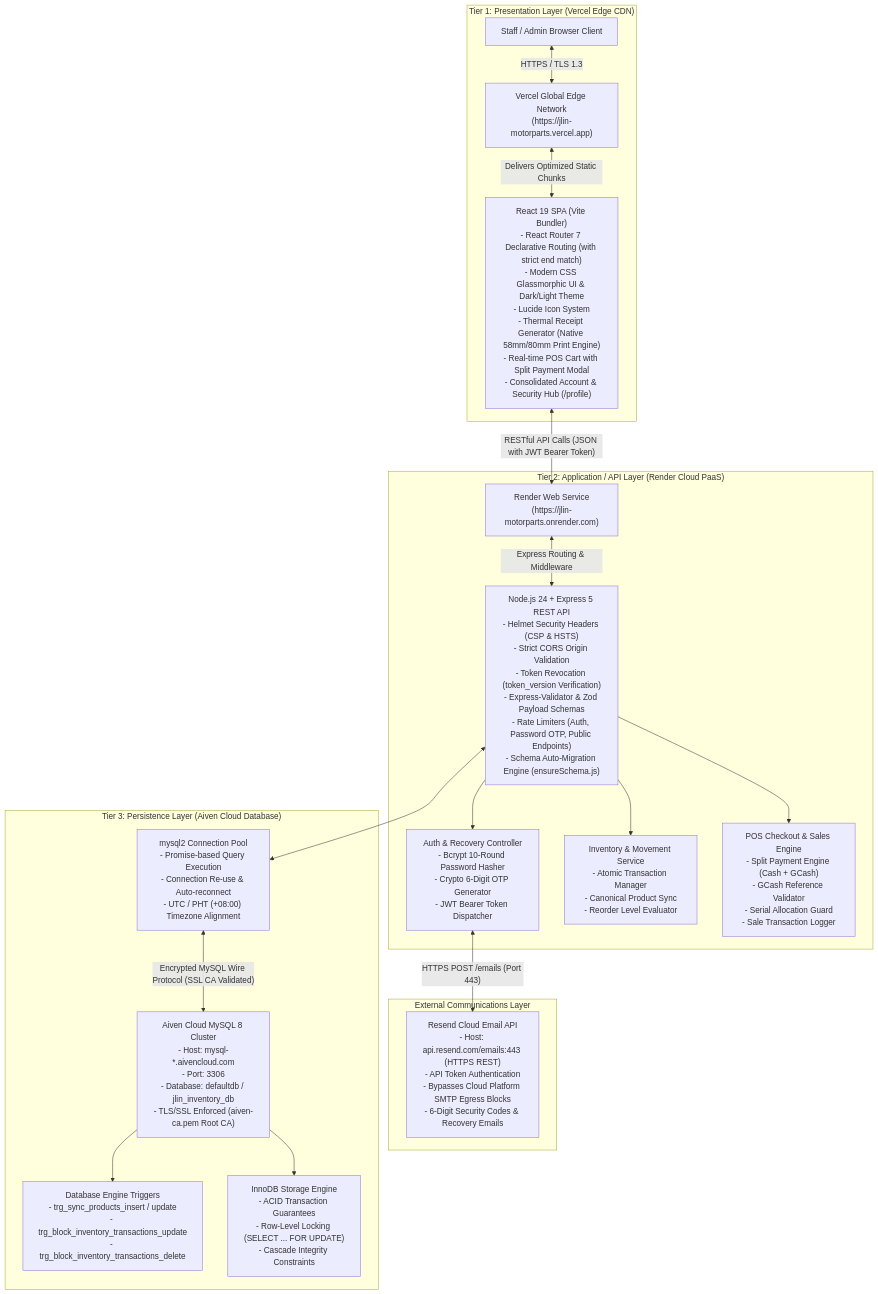
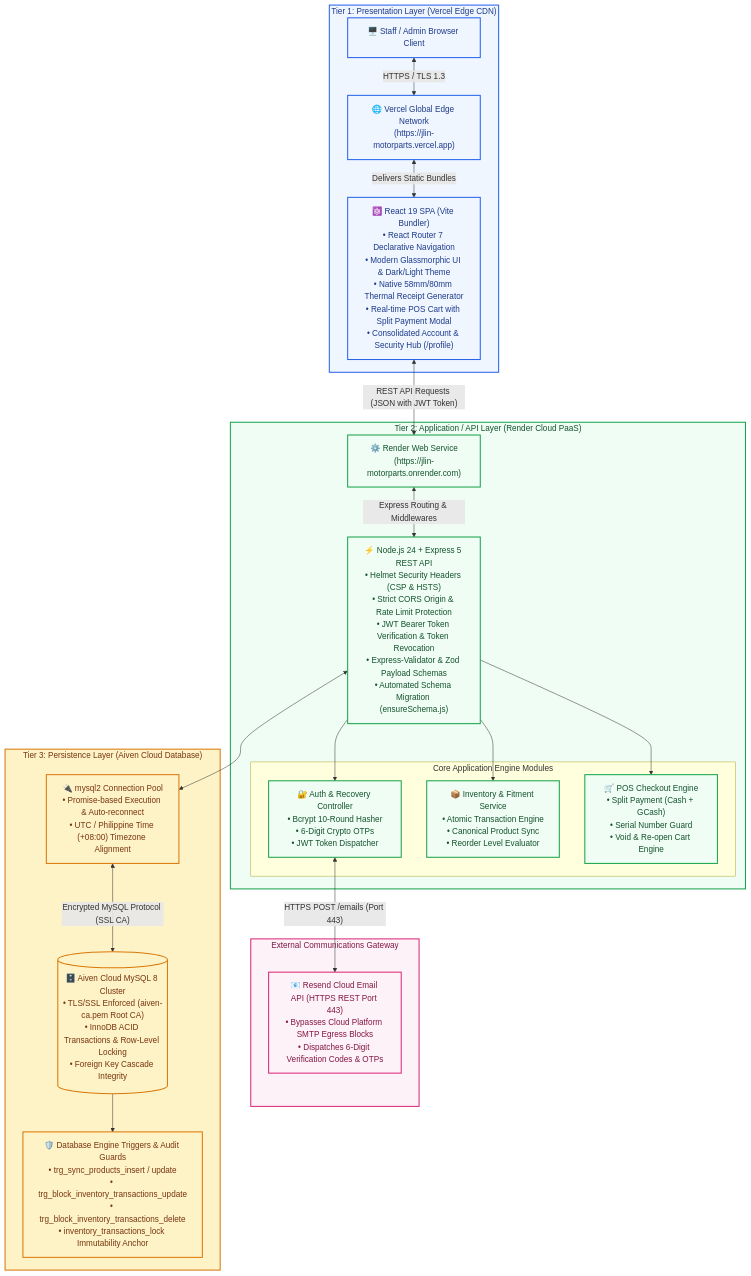
One commit to CFEVince1/jlin-motorparts changed the fourth of 4 diagrams in docs/design_documents.md. Above: the diagram before and after it, drawn with Mermaid. The commit also changed other lines of this file and 8 other files, not shown here.

Commit message:
docs: redesign DFD Level 0, DFD Level 1, and ERD diagrams with pristine layout and regenerate high-resolution PNGs

````diff
--- a/docs/design_documents.md
+++ b/docs/design_documents.md
@@ -417,44 +364,56 @@
 ```mermaid
 flowchart TD
-    subgraph Presentation_Tier ["Tier 1: Presentation Layer (Vercel Edge CDN)"]
-        Browser["Staff / Admin Browser Client"]
-        VercelCDN["Vercel Global Edge Network\n(https://jlin-motorparts.vercel.app)"]
-        ReactApp["React 19 SPA (Vite Bundler)\n- React Router 7 Declarative Routing (with strict end match)\n- Modern CSS Glassmorphic UI & Dark/Light Theme\n- Lucide Icon System\n- Thermal Receipt Generator (Native 58mm/80mm Print Engine)\n- Real-time POS Cart with Split Payment Modal\n- Consolidated Account & Security Hub (/profile)"]
+    subgraph Tier1 ["Tier 1: Presentation Layer (Vercel Edge CDN)"]
+        Browser["🖥️ Staff / Admin Browser Client"]
+        VercelCDN["🌐 Vercel Global Edge Network\n(https://jlin-motorparts.vercel.app)"]
+        ReactApp["⚛️ React 19 SPA (Vite Bundler)\n• React Router 7 Declarative Navigation\n• Modern Glassmorphic UI & Dark/Light Theme\n• Native 58mm/80mm Thermal Receipt Generator\n• Real-time POS Cart with Split Payment Modal\n• Consolidated Account & Security Hub (/profile)"]
     end
 
-    subgraph Application_Tier ["Tier 2: Application / API Layer (Render Cloud PaaS)"]
-        RenderService["Render Web Service\n(https://jlin-motorparts.onrender.com)"]
-        ExpressApp["Node.js 24 + Express 5 REST API\n- Helmet Security Headers (CSP & HSTS)\n- Strict CORS Origin Validation\n- Token Revocation (token_version Verification)\n- Express-Validator & Zod Payload Schemas\n- Rate Limiters (Auth, Password OTP, Public Endpoints)\n- Schema Auto-Migration Engine (ensureSchema.js)"]
-        AuthModule["Auth & Recovery Controller\n- Bcrypt 10-Round Password Hasher\n- Crypto 6-Digit OTP Generator\n- JWT Bearer Token Dispatcher"]
-        InventoryModule["Inventory & Movement Service\n- Atomic Transaction Manager\n- Canonical Product Sync\n- Reorder Level Evaluator"]
-        POSModule["POS Checkout & Sales Engine\n- Split Payment Engine (Cash + GCash)\n- GCash Reference Validator\n- Serial Allocation Guard\n- Sale Transaction Logger"]
+    subgraph Tier2 ["Tier 2: Application / API Layer (Render Cloud PaaS)"]
+        RenderService["⚙️ Render Web Service\n(https://jlin-motorparts.onrender.com)"]
+        ExpressApp["⚡ Node.js 24 + Express 5 REST API\n• Helmet Security Headers (CSP & HSTS)\n• Strict CORS Origin & Rate Limit Protection\n• JWT Bearer Token Verification & Token Revocation\n• Express-Validator & Zod Payload Schemas\n• Automated Schema Migration (ensureSchema.js)"]
+        
+        subgraph Tier2_Modules ["Core Application Engine Modules"]
+            AuthModule["🔐 Auth & Recovery Controller\n• Bcrypt 10-Round Hasher\n• 6-Digit Crypto OTPs\n• JWT Token Dispatcher"]
+            InventoryModule["📦 Inventory & Fitment Service\n• Atomic Transaction Engine\n• Canonical Product Sync\n• Reorder Level Evaluator"]
+            POSModule["🛒 POS Checkout Engine\n• Split Payment (Cash + GCash)\n• Serial Number Guard\n• Void & Re-open Cart Engine"]
+        end
     end
 
-    subgraph External_Services ["External Communications Layer"]
-        ResendAPI["Resend Cloud Email API\n- Host: api.resend.com/emails:443 (HTTPS REST)\n- API Token Authentication\n- Bypasses Cloud Platform SMTP Egress Blocks\n- 6-Digit Security Codes & Recovery Emails"]
+    subgraph External_Services ["External Communications Gateway"]
+        ResendAPI["📧 Resend Cloud Email API (HTTPS REST Port 443)\n• Bypasses Cloud Platform SMTP Egress Blocks\n• Dispatches 6-Digit Verification Codes & OTPs"]
     end
 
-    subgraph Data_Tier ["Tier 3: Persistence Layer (Aiven Cloud Database)"]
-        AivenDB["Aiven Cloud MySQL 8 Cluster\n- Host: mysql-*.aivencloud.com\n- Port: 3306\n- Database: defaultdb / jlin_inventory_db\n- TLS/SSL Enforced (aiven-ca.pem Root CA)"]
-        ConnectionPool["mysql2 Connection Pool\n- Promise-based Query Execution\n- Connection Re-use & Auto-reconnect\n- UTC / PHT (+08:00) Timezone Alignment"]
-        Triggers["Database Engine Triggers\n- trg_sync_products_insert / update\n- trg_block_inventory_transactions_update\n- trg_block_inventory_transactions_delete"]
-        StorageEngine["InnoDB Storage Engine\n- ACID Transaction Guarantees\n- Row-Level Locking (SELECT ... FOR UPDATE)\n- Cascade Integrity Constraints"]
+    subgraph Tier3 ["Tier 3: Persistence Layer (Aiven Cloud Database)"]
+        ConnectionPool["🔌 mysql2 Connection Pool\n• Promise-based Execution & Auto-reconnect\n• UTC / Philippine Time (+08:00) Timezone Alignment"]
+        AivenDB[("🗄️ Aiven Cloud MySQL 8 Cluster\n• TLS/SSL Enforced (aiven-ca.pem Root CA)\n• InnoDB ACID Transactions & Row-Level Locking\n• Foreign Key Cascade Integrity")]
+        Triggers["🛡️ Database Engine Triggers & Audit Guards\n• trg_sync_products_insert / update\n• trg_block_inventory_transactions_update\n• trg_block_inventory_transactions_delete\n• inventory_transactions_lock Immutability Anchor"]
     end
 
-    %% Connections
+    %% Flow Connections
     Browser <-->|"HTTPS / TLS 1.3"| VercelCDN
-    VercelCDN <-->|"Delivers Optimized Static Chunks"| ReactApp
-    ReactApp <-->|"RESTful API Calls (JSON with JWT Bearer Token)"| RenderService
-    RenderService <-->|"Express Routing & Middleware"| ExpressApp
+    VercelCDN <-->|"Delivers Static Bundles"| ReactApp
+    ReactApp <-->|"REST API Requests (JSON with JWT Token)"| RenderService
+    RenderService <-->|"Express Routing & Middlewares"| ExpressApp
 
     ExpressApp --> AuthModule
     ExpressApp --> InventoryModule
     ExpressApp --> POSModule
 
     AuthModule <-->|"HTTPS POST /emails (Port 443)"| ResendAPI
 
     ExpressApp <--> ConnectionPool
-    ConnectionPool <-->|"Encrypted MySQL Wire Protocol (SSL CA Validated)"| AivenDB
+    ConnectionPool <-->|"Encrypted MySQL Protocol (SSL CA)"| AivenDB
     AivenDB --> Triggers
-    AivenDB --> StorageEngine
+
+    %% Styling
+    classDef t1 fill:#eff6ff,stroke:#2563eb,stroke-width:2px,color:#1e3a8a;
+    classDef t2 fill:#f0fdf4,stroke:#16a34a,stroke-width:2px,color:#14532d;
+    classDef t3 fill:#fef3c7,stroke:#d97706,stroke-width:2px,color:#78350f;
+    classDef ext fill:#fdf2f8,stroke:#db2777,stroke-width:2px,color:#831843;
+
+    class Tier1,Browser,VercelCDN,ReactApp t1;
+    class Tier2,RenderService,ExpressApp,AuthModule,InventoryModule,POSModule t2;
+    class Tier3,ConnectionPool,AivenDB,Triggers t3;
+    class External_Services,ResendAPI ext;
 ```
````
